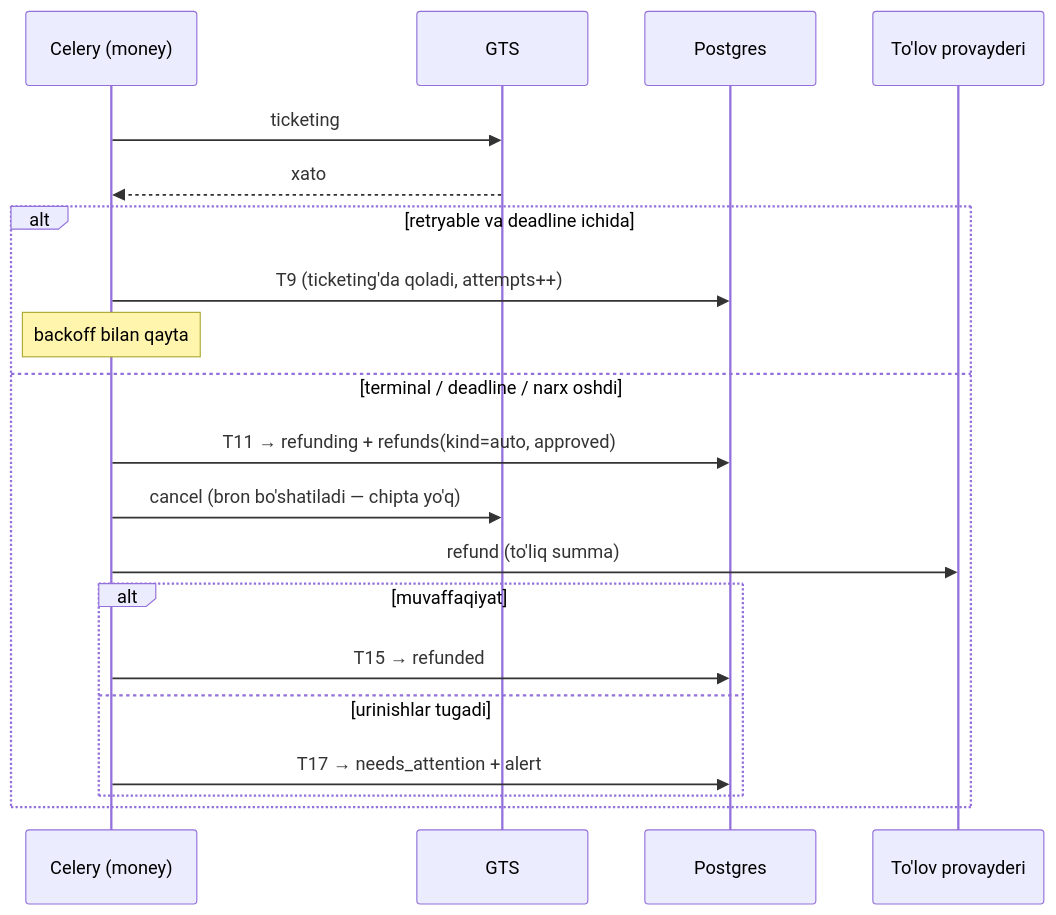
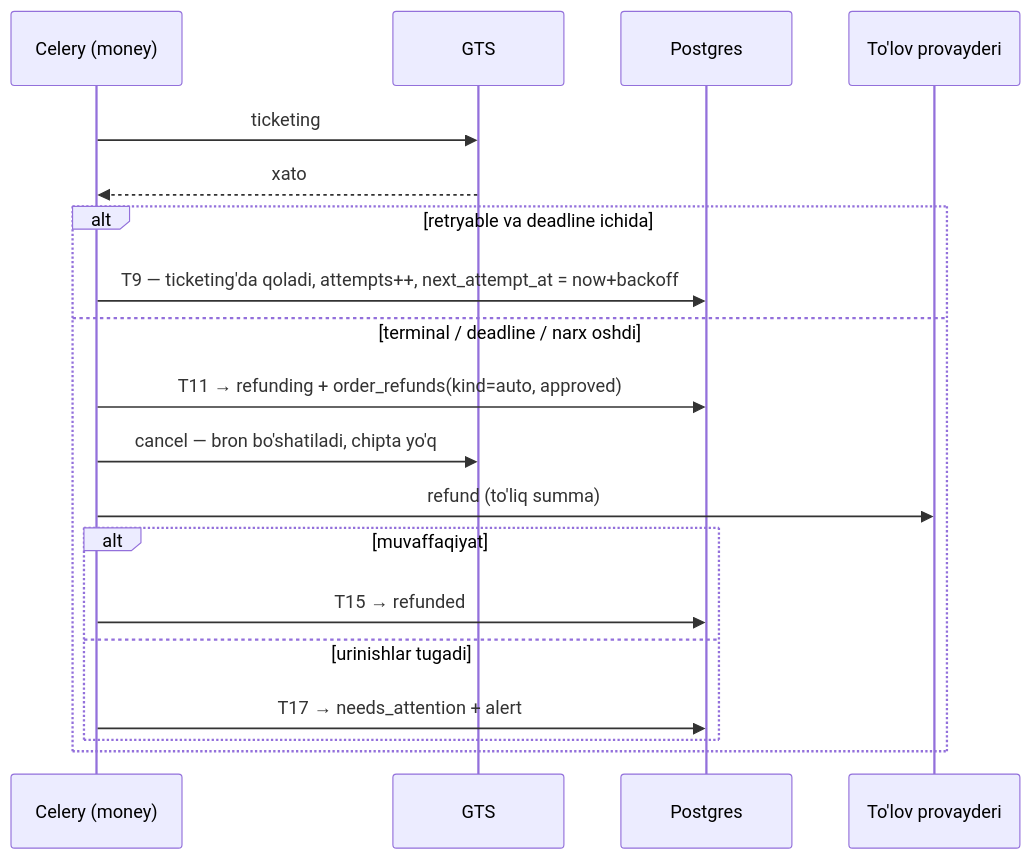
One commit to djumanov/b2c changed the fourth of 4 diagrams in docs/order-system/03-design.md. Above: the diagram before and after it, drawn with Mermaid. The commit also changed other lines of this file and 3 other files, not shown here.

````diff
--- a/docs/order-system/03-design.md
+++ b/docs/order-system/03-design.md
@@ -632,23 +667,22 @@
 ```mermaid
 sequenceDiagram
     participant W as Celery (money)
     participant G as GTS
     participant DB as Postgres
     participant P as To'lov provayderi
 
     W->>G: ticketing
     G-->>W: xato
     alt retryable va deadline ichida
-        W->>DB: T9 (ticketing'da qoladi, attempts++)
-        Note over W: backoff bilan qayta
+        W->>DB: T9 — ticketing'da qoladi, attempts++, next_attempt_at = now+backoff
     else terminal / deadline / narx oshdi
-        W->>DB: T11 → refunding + refunds(kind=auto, approved)
-        W->>G: cancel (bron bo'shatiladi — chipta yo'q)
+        W->>DB: T11 → refunding + order_refunds(kind=auto, approved)
+        W->>G: cancel — bron bo'shatiladi, chipta yo'q
         W->>P: refund (to'liq summa)
         alt muvaffaqiyat
             W->>DB: T15 → refunded
         else urinishlar tugadi
             W->>DB: T17 → needs_attention + alert
         end
     end
 ```
````
